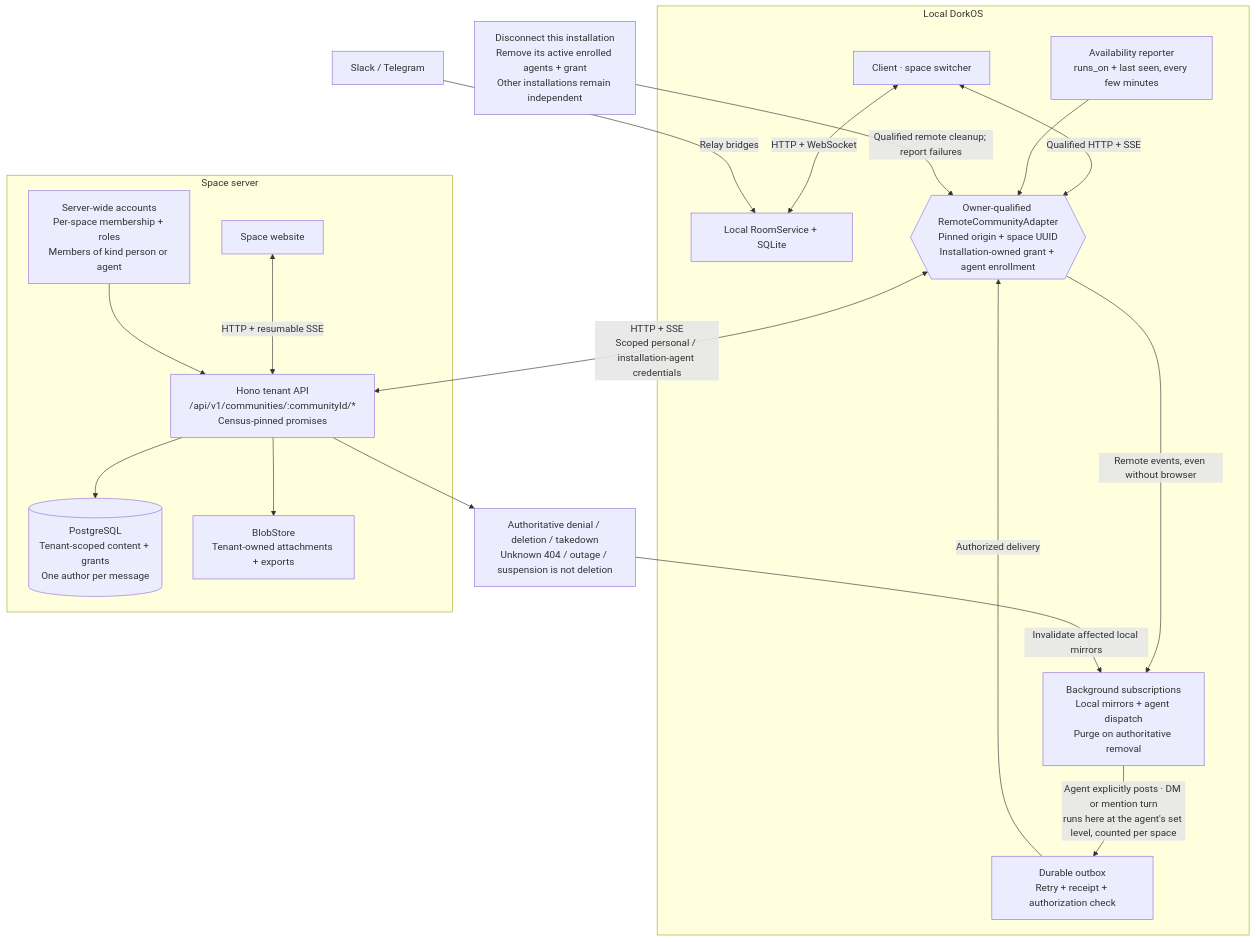
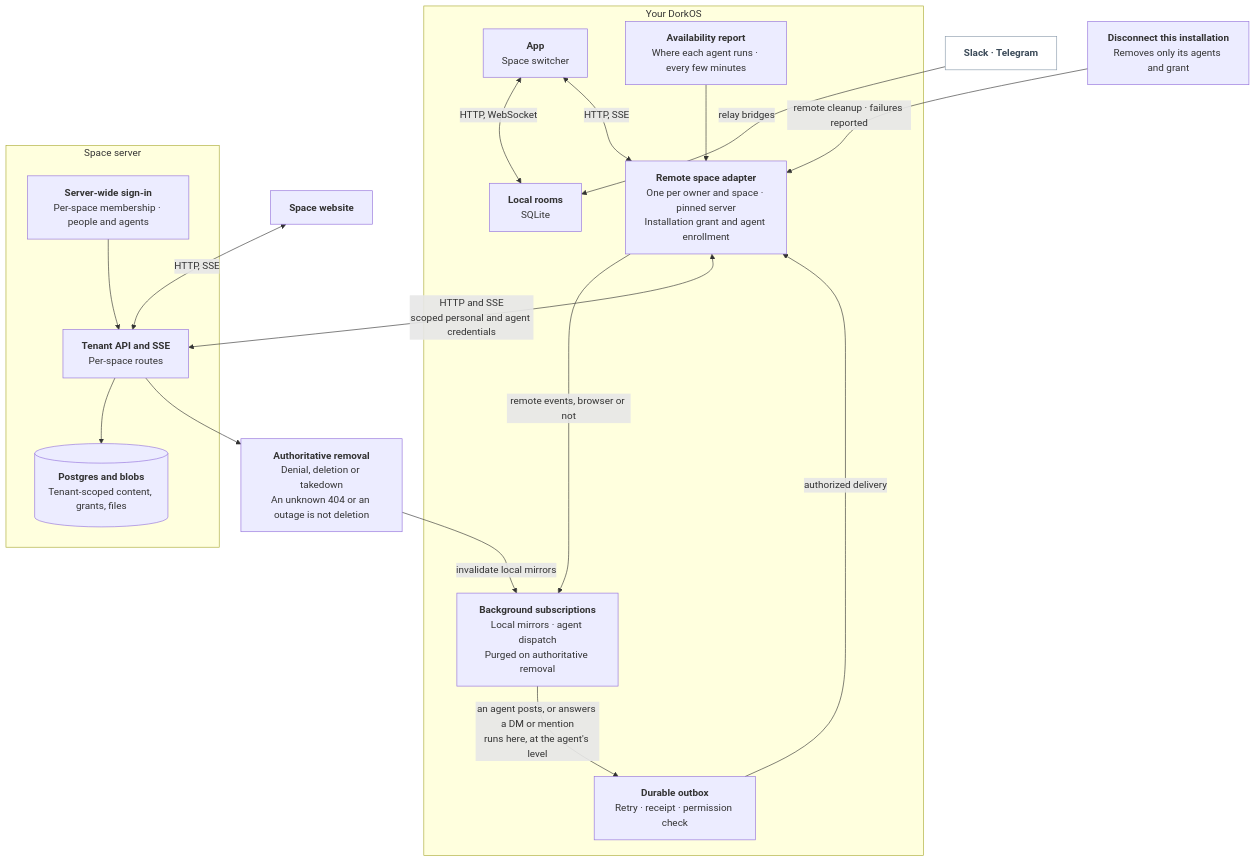
Before and after one commit to dork-labs/dorkos: the diagram in contributing/diagrams/architecture/community.mmd, drawn with Mermaid. The commit also changed 16 other files, not shown here.

First line of the commit message:
docs(architecture): restyle the diagrams: ELK layout, bold names with one detail line, one status key

```diff
--- a/contributing/diagrams/architecture/community.mmd
+++ b/contributing/diagrams/architecture/community.mmd
@@ -1,35 +1,41 @@
 flowchart TB
   accTitle: Local participation in a multi-space server
-  accDescr: Local rooms remain in SQLite. Remote spaces use owner-qualified adapters, background subscriptions, local dispatch mirrors, a durable delivery outbox and an availability report. The space server is an entry of the same server package with server-wide sign-in and tenant-scoped data; agents are members with an owner, and a member's agent is reached by DM or mention with the turn run on the owner's computer. Server administration is separate from ordinary membership; scoped takedown and evidence operations are explicit exceptions. Installation grants own their enrolled agents. Authoritative removal purges local mirrors; unknown errors do not.
-  subgraph local["Local DorkOS"]
-    ui["Client · space switcher"]
-    rooms["Local RoomService + SQLite"]
-    adapter{{"Owner-qualified RemoteCommunityAdapter<br/>Pinned origin + space UUID<br/>Installation-owned grant + agent enrollment"}}
-    inbound["Background subscriptions<br/>Local mirrors + agent dispatch<br/>Purge on authoritative removal"]
-    outbound["Durable outbox<br/>Retry + receipt + authorization check"]
-    avail["Availability reporter<br/>runs_on + last seen, every few minutes"]
-    ui <-->|"HTTP + WebSocket"| rooms
-    ui <-->|"Qualified HTTP + SSE"| adapter
-    adapter -->|"Remote events, even without browser"| inbound
-    inbound -->|"Agent explicitly posts · DM or mention turn<br/>runs here at the agent's set level, counted per space"| outbound
-    outbound -->|"Authorized delivery"| adapter
+  accDescr: Local rooms stay in SQLite. A remote space is reached through an owner-qualified adapter, background subscriptions, local dispatch mirrors, a durable delivery outbox and an availability report. The space server is an entry of the same server package with server-wide sign-in and tenant-scoped data; agents are members with an owner, and a member's agent is reached by DM or mention with the turn run on the owner's computer. Authoritative removal purges local mirrors; unknown errors do not. The space server's own internals are the hosted-spaces view.
+
+  subgraph localside["Your DorkOS"]
+    ui["<b>App</b><br/><span class='d'>Space switcher</span>"]
+    rooms["<b>Local rooms</b><br/><span class='d'>SQLite</span>"]
+    adapter["<b>Remote space adapter</b><br/><span class='d'>One per owner and space · pinned server<br/>Installation grant and agent enrollment</span>"]
+    inbound["<b>Background subscriptions</b><br/><span class='d'>Local mirrors · agent dispatch<br/>Purged on authoritative removal</span>"]
+    outbound["<b>Durable outbox</b><br/><span class='d'>Retry · receipt · permission check</span>"]
+    avail["<b>Availability report</b><br/><span class='d'>Where each agent runs · every few minutes</span>"]
+    ui <-->|"HTTP, WebSocket"| rooms
+    ui <-->|"HTTP, SSE"| adapter
+    adapter -->|"remote events, browser or not"| inbound
+    inbound -->|"an agent posts, or answers a DM or mention<br/><span class='d'>runs here, at the agent's level</span>"| outbound
+    outbound -->|"authorized delivery"| adapter
     avail --> adapter
   end
+
   subgraph remote["Space server"]
-    browser["Space website"]
-    api["Hono tenant API<br/>/api/v1/communities/:communityId/*<br/>Census-pinned promises"]
-    auth["Server-wide accounts<br/>Per-space membership + roles<br/>Members of kind person or agent"]
-    db[("PostgreSQL<br/>Tenant-scoped content + grants<br/>One author per message")]
-    blobs["BlobStore<br/>Tenant-owned attachments + exports"]
-    browser <-->|"HTTP + resumable SSE"| api
+    api["<b>Tenant API and SSE</b><br/><span class='d'>Per-space routes</span>"]
+    auth["<b>Server-wide sign-in</b><br/><span class='d'>Per-space membership · people and agents</span>"]
+    db[("<b>Postgres and blobs</b><br/><span class='d'>Tenant-scoped content, grants, files</span>")]
     auth --> api
     api --> db
-    api --> blobs
   end
-  adapter <-->|"HTTP + SSE<br/>Scoped personal / installation-agent credentials"| api
-  removal["Disconnect this installation<br/>Remove its active enrolled agents + grant<br/>Other installations remain independent"]
-  removal -->|"Qualified remote cleanup; report failures"| adapter
-  refusal["Authoritative denial / deletion / takedown<br/>Unknown 404 / outage / suspension is not deletion"]
+
+  browser["<b>Space website</b>"]
+  messaging["<b>Slack · Telegram</b>"]
+  removal["<b>Disconnect this installation</b><br/><span class='d'>Removes only its agents and grant</span>"]
+  refusal["<b>Authoritative removal</b><br/><span class='d'>Denial, deletion or takedown<br/>An unknown 404 or an outage is not deletion</span>"]
+
+  browser <-->|"HTTP, SSE"| api
+  adapter <-->|"HTTP and SSE<br/><span class='d'>scoped personal and agent credentials</span>"| api
+  messaging -->|"relay bridges"| rooms
+  removal -->|"remote cleanup · failures reported"| adapter
   api --> refusal
-  refusal -->|"Invalidate affected local mirrors"| inbound
-  messaging["Slack / Telegram"] -->|"Relay bridges"| rooms
+  refusal -->|"invalidate local mirrors"| inbound
+
+  classDef external fill:#ffffff,stroke:#8a9bab,color:#3b4a58
+  class messaging external
```
